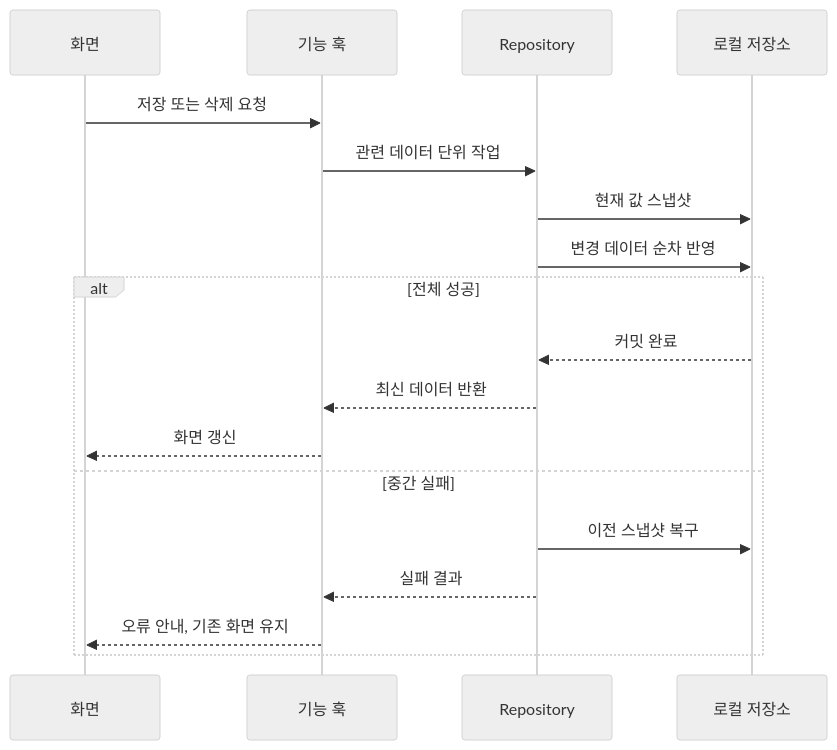
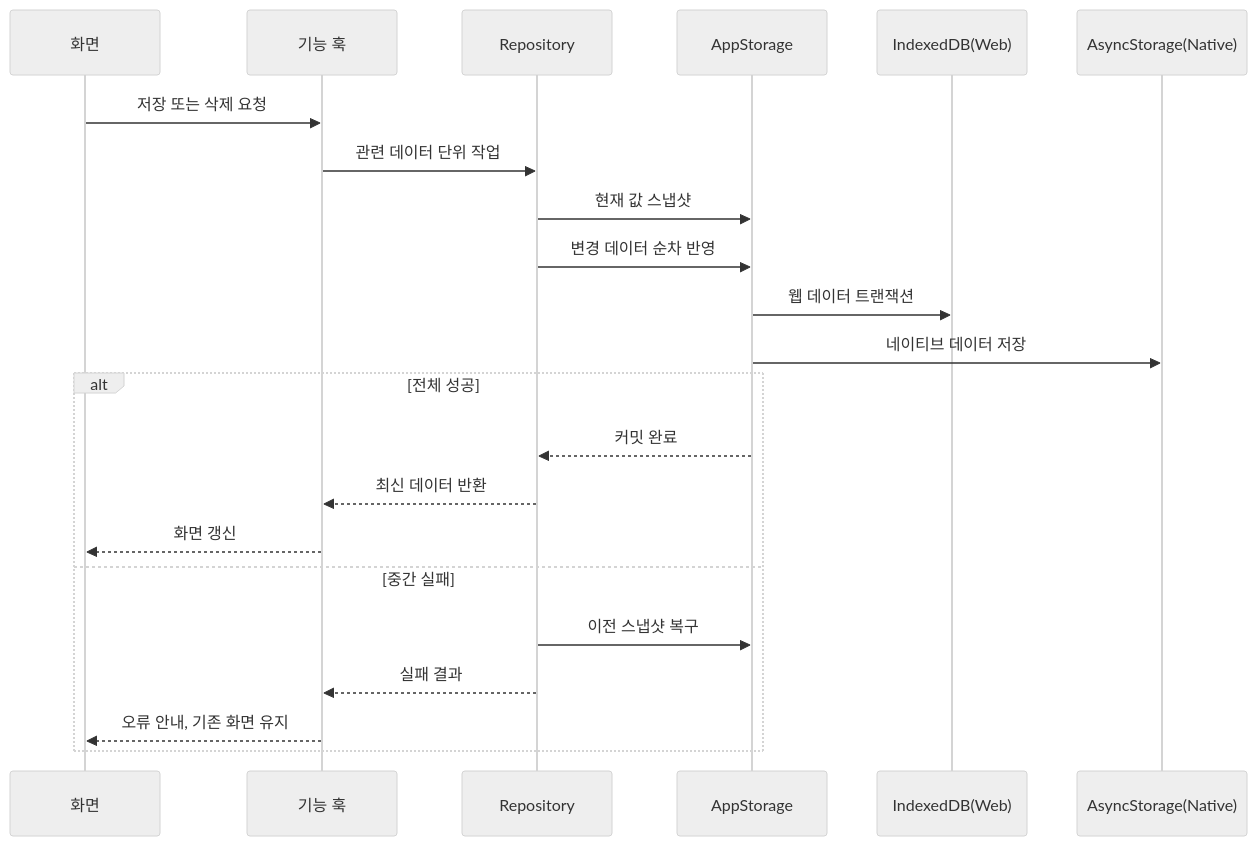
The second of 3 diagrams in docs/ARCHITECTURE_WORKFLOW_V2.md (aiopenjh/Aiopen-question-bank), drawn with Mermaid (neutral theme) before and after one commit. The commit also changed other lines of this file and 28 other files, not shown here.

Commit message:
feat: release Celueste 2.2 with IndexedDB storage

````diff
--- a/docs/ARCHITECTURE_WORKFLOW_V2.md
+++ b/docs/ARCHITECTURE_WORKFLOW_V2.md
@@ -83,20 +83,24 @@
 ```mermaid
 sequenceDiagram
     participant UI as 화면
     participant Hook as 기능 훅
     participant Repo as Repository
-    participant DB as 로컬 저장소
+    participant DB as AppStorage
+    participant Web as IndexedDB(Web)
+    participant Native as AsyncStorage(Native)
     UI->>Hook: 저장 또는 삭제 요청
     Hook->>Repo: 관련 데이터 단위 작업
     Repo->>DB: 현재 값 스냅샷
     Repo->>DB: 변경 데이터 순차 반영
+    DB->>Web: 웹 데이터 트랜잭션
+    DB->>Native: 네이티브 데이터 저장
     alt 전체 성공
         DB-->>Repo: 커밋 완료
         Repo-->>Hook: 최신 데이터 반환
         Hook-->>UI: 화면 갱신
     else 중간 실패
         Repo->>DB: 이전 스냅샷 복구
         Repo-->>Hook: 실패 결과
         Hook-->>UI: 오류 안내, 기존 화면 유지
     end
 ```
````
